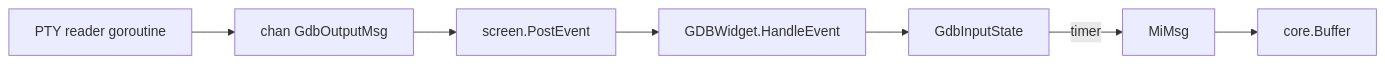
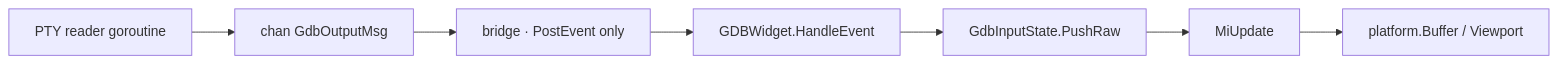
The second of 2 diagrams in docs/DEVELOPER_GUIDE.md (yairgd/gdbforge), drawn with Mermaid before and after one commit. The commit also changed other lines of this file and 8 other files, not shown here.

````diff
--- a/docs/DEVELOPER_GUIDE.md
+++ b/docs/DEVELOPER_GUIDE.md
@@ -310,13 +310,12 @@
 ```mermaid
 flowchart LR
     PTY["PTY reader goroutine"]
     Ch["chan GdbOutputMsg"]
-    Post["screen.PostEvent"]
+    Bridge["bridge · PostEvent only"]
     Widget["GDBWidget.HandleEvent"]
-    State["GdbInputState"]
-    MI["MiMsg"]
-    Buf["core.Buffer"]
+    State["GdbInputState.PushRaw"]
+    Upd["MiUpdate"]
+    Buf["platform.Buffer / Viewport"]
 
-    PTY --> Ch --> Post --> Widget --> State
-    State -->|"timer"| MI --> Buf
+    PTY --> Ch --> Bridge --> Widget --> State --> Upd --> Buf
 ```
````
